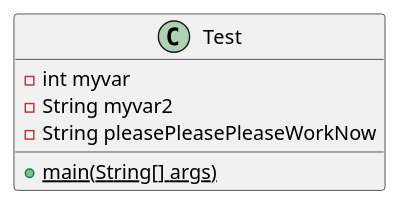
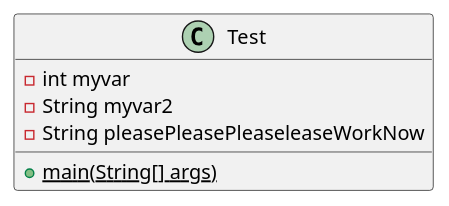
Before and after one commit to andrewdimmer/csi-3370-software-project-config-test: the diagram in docs/uml/test.puml, drawn with PlantUML.

```diff
--- a/docs/uml/test.puml
+++ b/docs/uml/test.puml
@@ -1,10 +1,10 @@
 @startuml test
 
 class Test {
     - int myvar
     - String myvar2
-    - String pleasePleasePleaseWorkNow
+    - String pleasePleasePleaseleaseWorkNow
     {static} + main(String[] args)
 }
 
 @enduml
```
